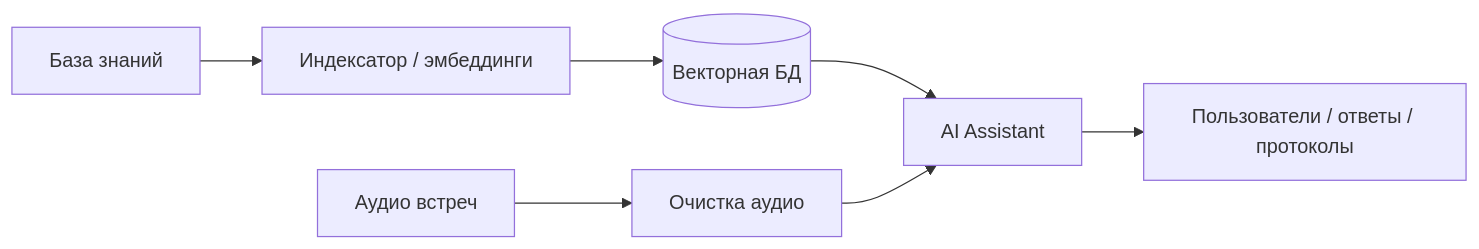
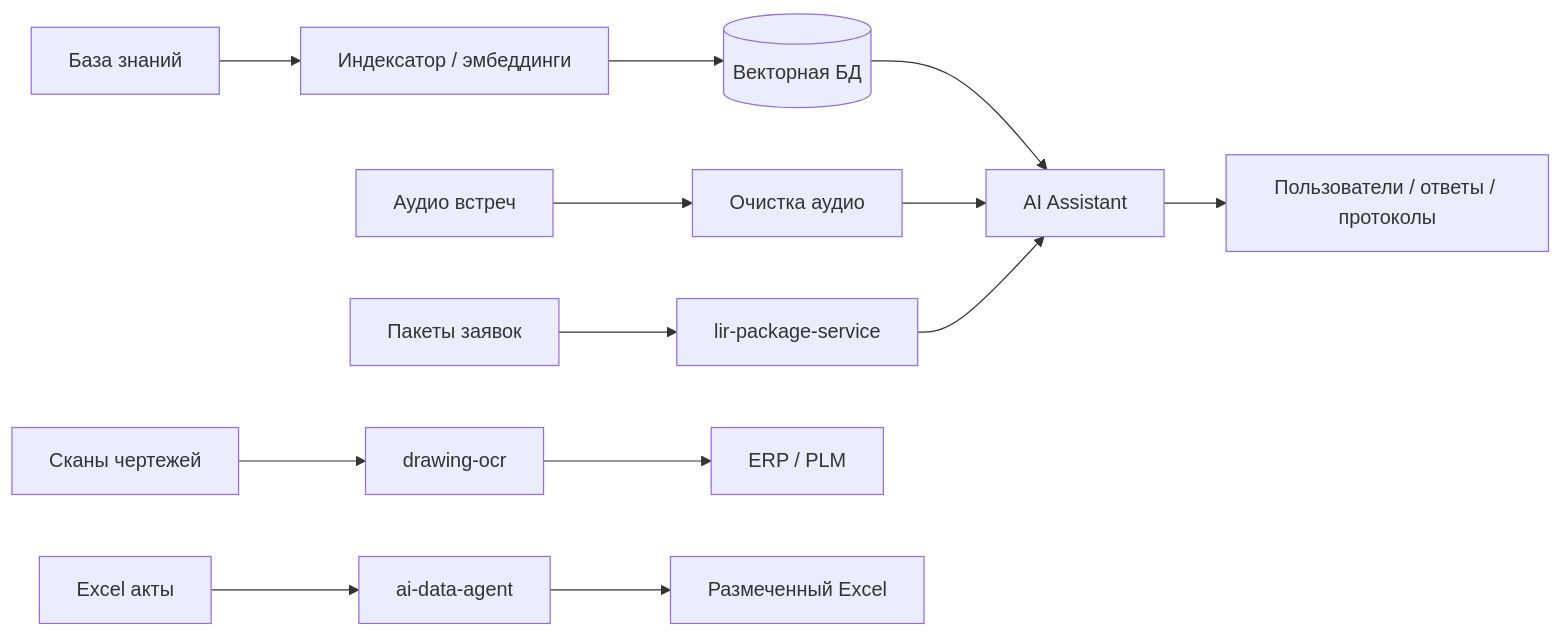
Before and after one commit to artyom-ai-dev/portfolio: the first of 2 diagrams in README.md, drawn with Mermaid. The commit also changed other lines of this file and 4 other files, not shown here.

First line of the commit message:
Актуализировать витрину: кейсы OCR чертежей и LLM-проверки Excel

````diff
--- a/README.md
+++ b/README.md
@@ -66,9 +84,15 @@
 ```mermaid
 flowchart LR
   Docs[База знаний] --> Indexer[Индексатор / эмбеддинги]
   Indexer --> Vector[(Векторная БД)]
   Vector --> Assistant[AI Assistant]
   Audio[Аудио встреч] --> Clean[Очистка аудио]
   Clean --> Assistant
+  Pack[Пакеты заявок] --> LIR[lir-package-service]
+  LIR --> Assistant
   Assistant --> Users[Пользователи / ответы / протоколы]
+  Draw[Сканы чертежей] --> OCR[drawing-ocr]
+  OCR --> ERP[ERP / PLM]
+  XL[Excel акты] --> DA[ai-data-agent]
+  DA --> XL2[Размеченный Excel]
 ```
````
